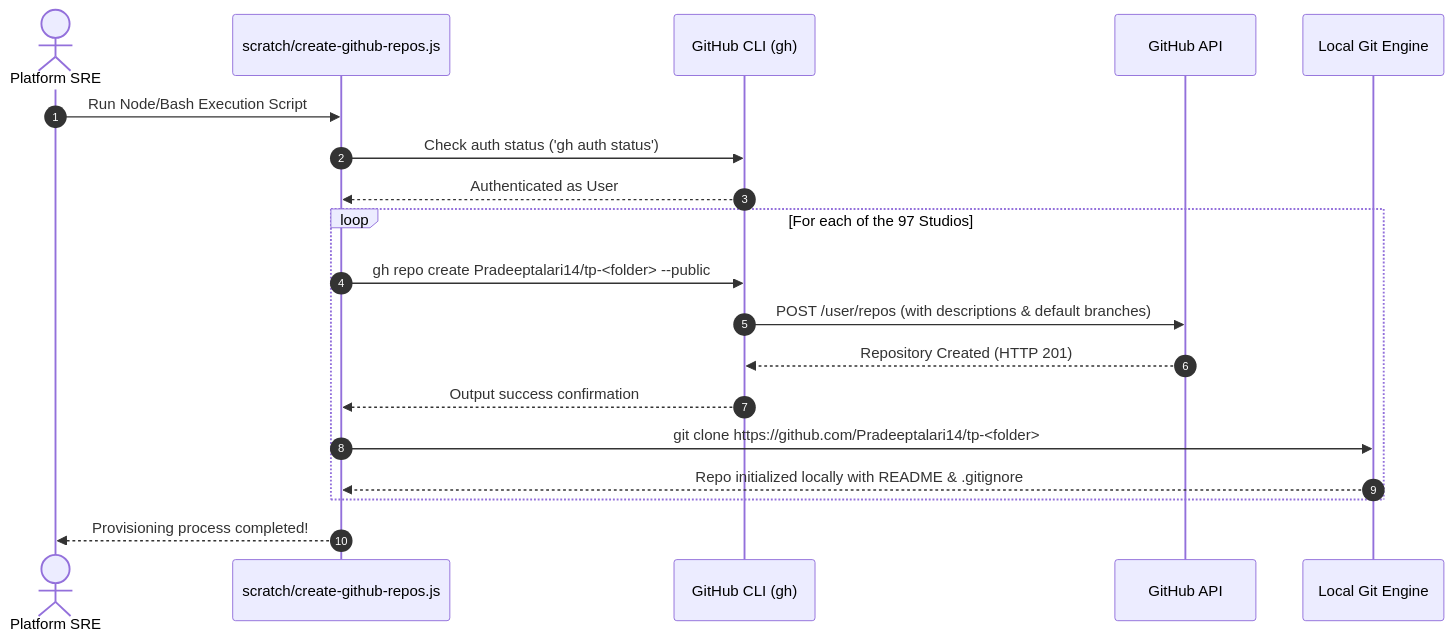
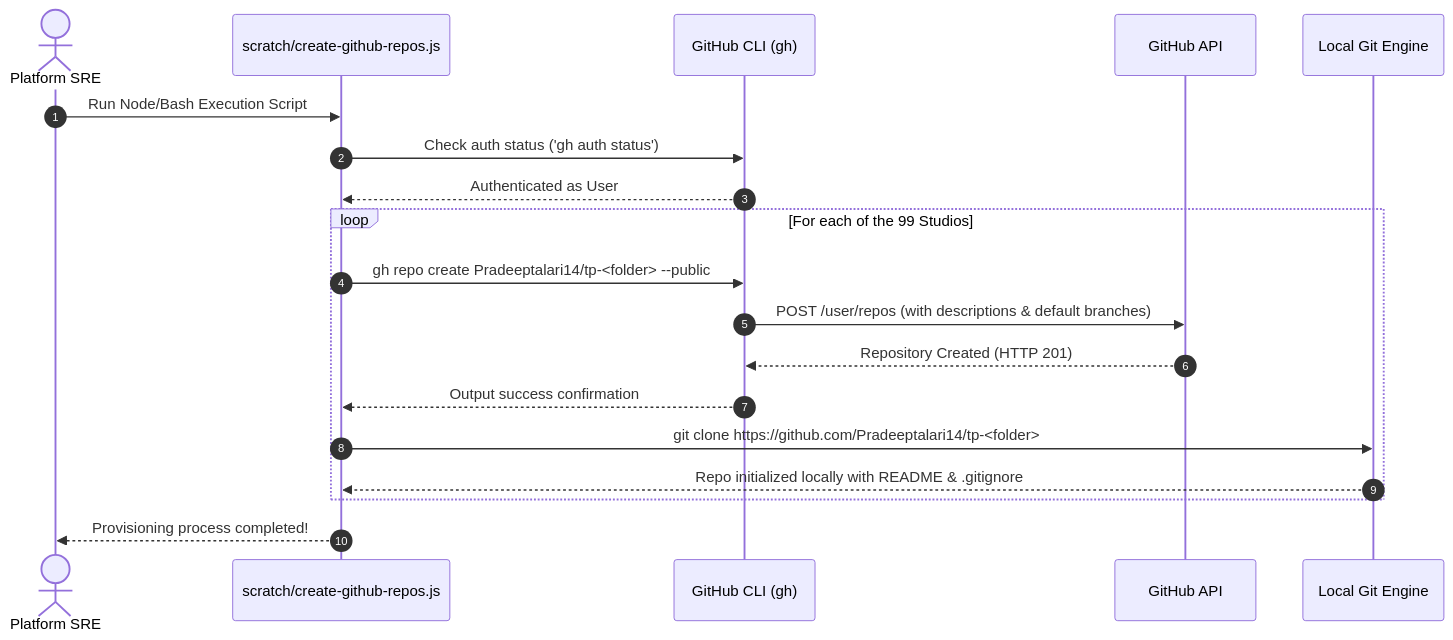
Before and after one commit to Pradeeptalari14/portfolio: the first of 2 diagrams in GITHUB_PROVISIONING_GUIDE.md, drawn with Mermaid. The commit also changed other lines of this file and 12 other files, not shown here.

````diff
--- a/GITHUB_PROVISIONING_GUIDE.md
+++ b/GITHUB_PROVISIONING_GUIDE.md
@@ -25,22 +25,22 @@
 ```mermaid
 sequenceDiagram
     autonumber
     actor Engineer as Platform SRE
     participant Script as scratch/create-github-repos.js
     participant gh as GitHub CLI (gh)
     participant API as GitHub API
     participant Git as Local Git Engine
 
     Engineer->>Script: Run Node/Bash Execution Script
     Script->>gh: Check auth status ('gh auth status')
     gh-->>Script: Authenticated as User
-    loop For each of the 97 Studios
+    loop For each of the 99 Studios
         Script->>gh: gh repo create Pradeeptalari14/tp-<folder> --public
         gh->>API: POST /user/repos (with descriptions & default branches)
         API-->>gh: Repository Created (HTTP 201)
         gh-->>Script: Output success confirmation
         Script->>Git: git clone https://github.com/Pradeeptalari14/tp-<folder>
         Git-->>Script: Repo initialized locally with README & .gitignore
     end
     Script-->>Engineer: Provisioning process completed!
 ```
````
